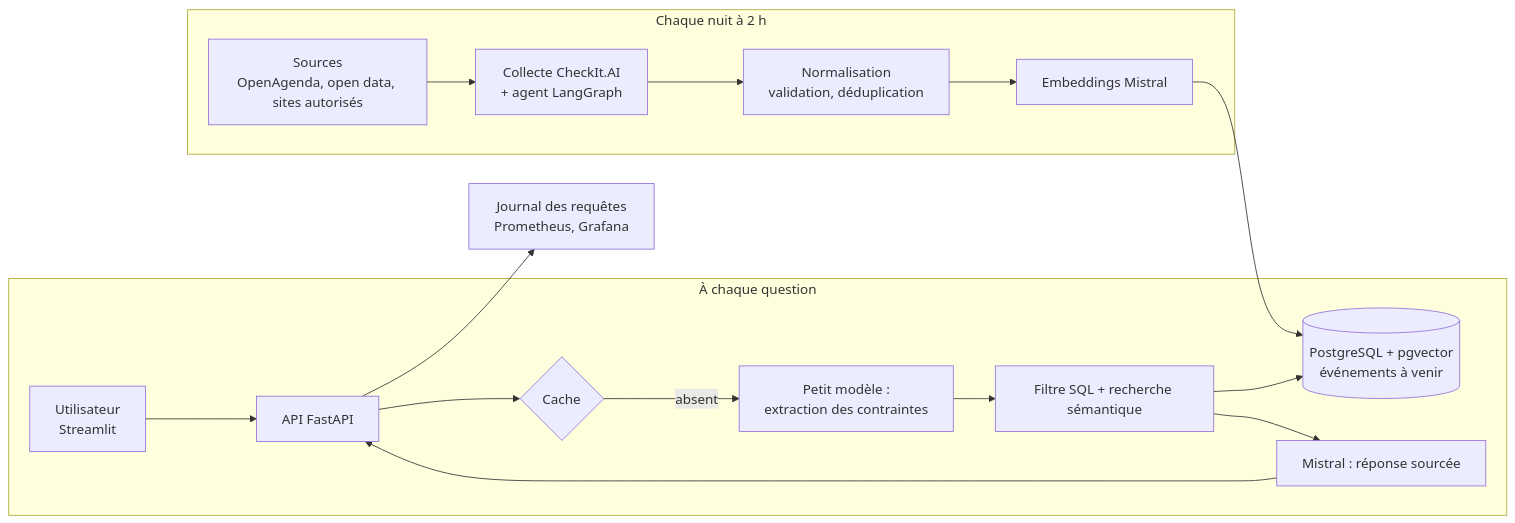
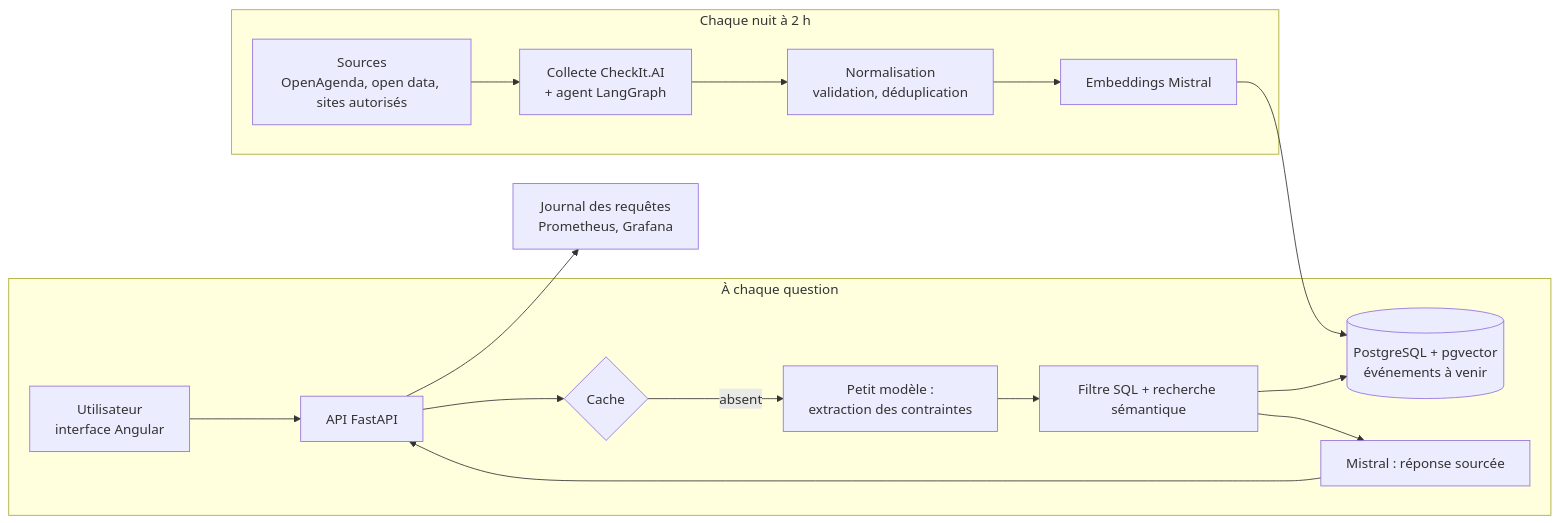
Before and after one commit to gonzalezcourrier34-glitch/SortirIA: the diagram in docs/architecture.md, drawn with Mermaid. The commit also changed other lines of this file and 263 other files, not shown here.

````diff
--- a/docs/architecture.md
+++ b/docs/architecture.md
@@ -6,19 +6,19 @@
 ```mermaid
 flowchart LR
     subgraph Nuit["Chaque nuit à 2 h"]
         S[Sources<br/>OpenAgenda, open data, sites autorisés] --> C[Collecte CheckIt.AI<br/>+ agent LangGraph]
         C --> N[Normalisation<br/>validation, déduplication]
         N --> E[Embeddings Mistral]
     end
     E --> DB[(PostgreSQL + pgvector<br/>événements à venir)]
     subgraph Jour["À chaque question"]
-        U[Utilisateur<br/>Streamlit] --> A[API FastAPI]
+        U[Utilisateur<br/>interface Angular] --> A[API FastAPI]
         A --> K{Cache}
         K -- absent --> X[Petit modèle :<br/>extraction des contraintes]
         X --> F[Filtre SQL + recherche sémantique]
         F --> DB
         F --> G[Mistral : réponse sourcée]
         G --> A
     end
     A --> M[Journal des requêtes<br/>Prometheus, Grafana]
 ```
````
